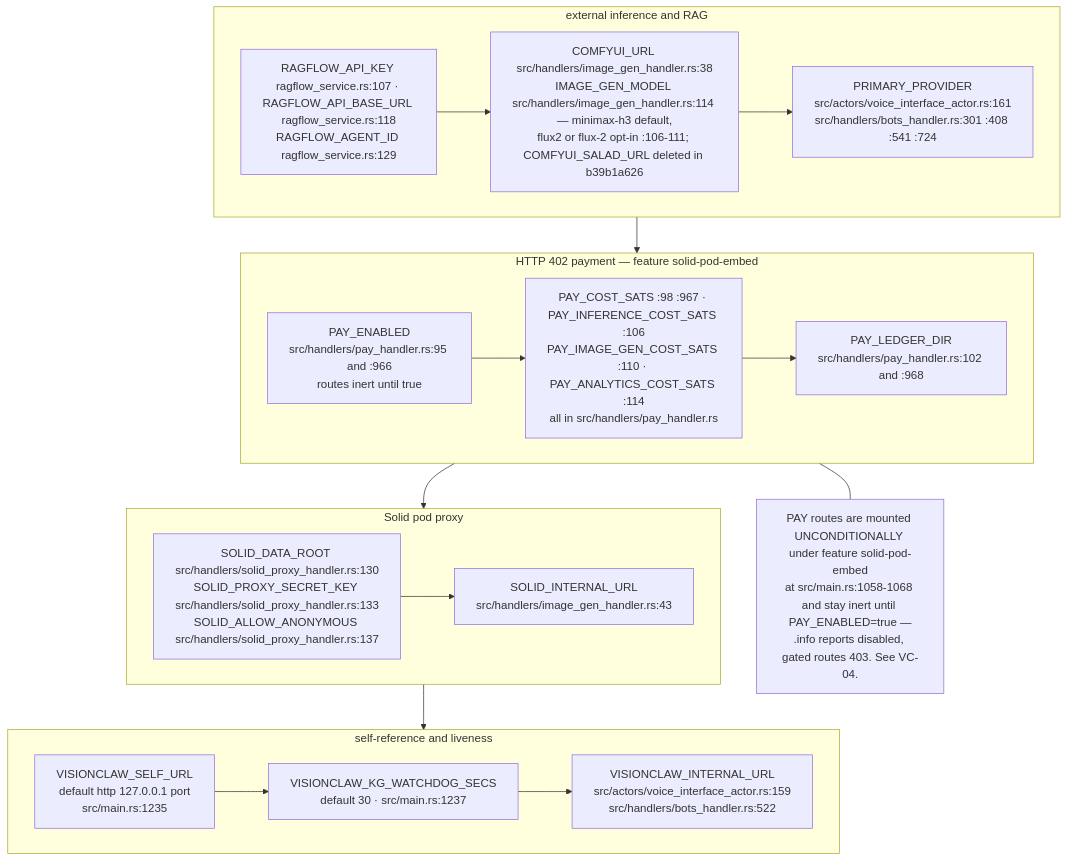
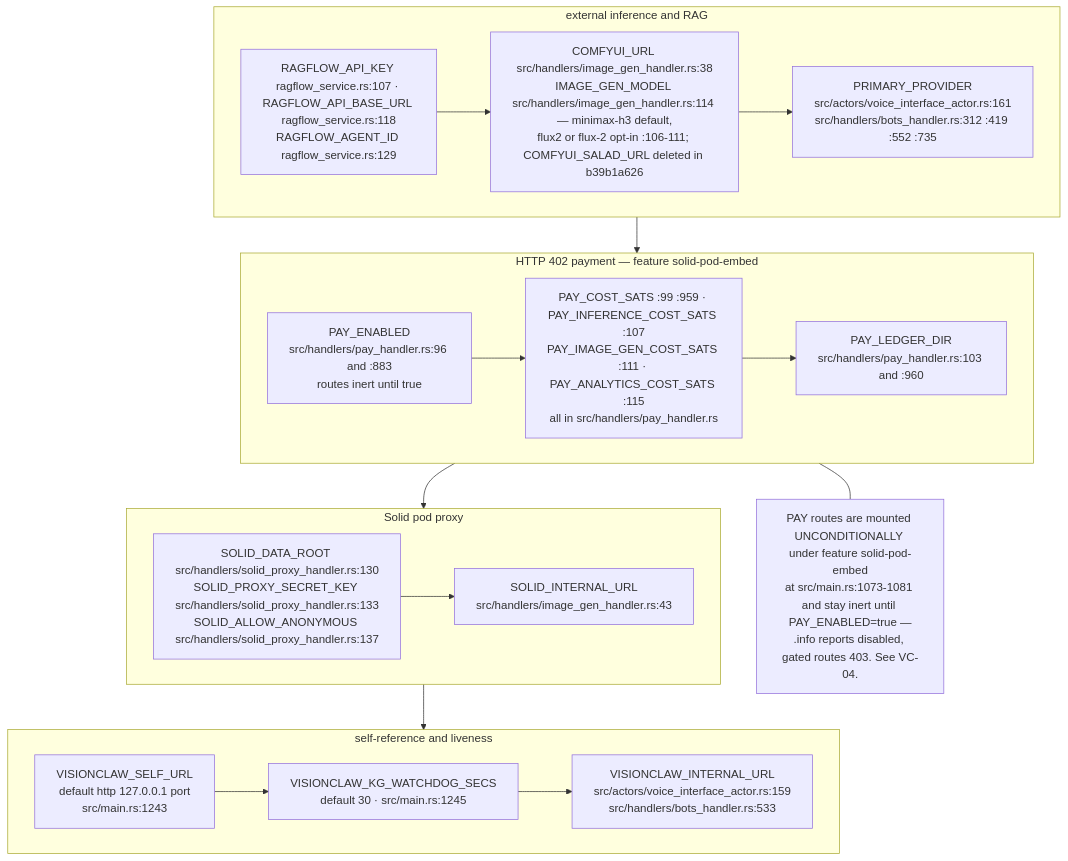
Diagram 13 of 15 in docs/diagrams/visionclaw/09-config-and-env-flags.md (DreamLab-AI/VisionFlow), drawn with Mermaid before and after one commit. The commit also changed other lines of this file and 111 other files, not shown here.

Commit message:
docs(diagrams): align estate maps with current source

````diff
--- a/docs/diagrams/visionclaw/09-config-and-env-flags.md
+++ b/docs/diagrams/visionclaw/09-config-and-env-flags.md
@@ -493,18 +494,18 @@
 ```mermaid
 flowchart TB
     subgraph EXT["external inference and RAG"]
-        X1["RAGFLOW_API_KEY ragflow_service.rs:107 · RAGFLOW_API_BASE_URL ragflow_service.rs:118<br/>RAGFLOW_AGENT_ID ragflow_service.rs:129"] --> X2["COMFYUI_URL src/handlers/image_gen_handler.rs:38<br/>IMAGE_GEN_MODEL src/handlers/image_gen_handler.rs:114 — minimax-h3 default,<br/>flux2 or flux-2 opt-in :106-111; COMFYUI_SALAD_URL deleted in b39b1a626"] --> X3["PRIMARY_PROVIDER<br/>src/actors/voice_interface_actor.rs:161<br/>src/handlers/bots_handler.rs:301 :408 :541 :724"]
+        X1["RAGFLOW_API_KEY ragflow_service.rs:107 · RAGFLOW_API_BASE_URL ragflow_service.rs:118<br/>RAGFLOW_AGENT_ID ragflow_service.rs:129"] --> X2["COMFYUI_URL src/handlers/image_gen_handler.rs:38<br/>IMAGE_GEN_MODEL src/handlers/image_gen_handler.rs:114 — minimax-h3 default,<br/>flux2 or flux-2 opt-in :106-111; COMFYUI_SALAD_URL deleted in b39b1a626"] --> X3["PRIMARY_PROVIDER<br/>src/actors/voice_interface_actor.rs:161<br/>src/handlers/bots_handler.rs:312 :419 :552 :735"]
     end
     subgraph PAY["HTTP 402 payment — feature solid-pod-embed"]
-        P1["PAY_ENABLED<br/>src/handlers/pay_handler.rs:95 and :966<br/>routes inert until true"] --> P2["PAY_COST_SATS :98 :967 · PAY_INFERENCE_COST_SATS :106<br/>PAY_IMAGE_GEN_COST_SATS :110 · PAY_ANALYTICS_COST_SATS :114<br/>all in src/handlers/pay_handler.rs"] --> P3["PAY_LEDGER_DIR<br/>src/handlers/pay_handler.rs:102 and :968"]
+        P1["PAY_ENABLED<br/>src/handlers/pay_handler.rs:96 and :883<br/>routes inert until true"] --> P2["PAY_COST_SATS :99 :959 · PAY_INFERENCE_COST_SATS :107<br/>PAY_IMAGE_GEN_COST_SATS :111 · PAY_ANALYTICS_COST_SATS :115<br/>all in src/handlers/pay_handler.rs"] --> P3["PAY_LEDGER_DIR<br/>src/handlers/pay_handler.rs:103 and :960"]
     end
     subgraph SOLID["Solid pod proxy"]
         O1["SOLID_DATA_ROOT src/handlers/solid_proxy_handler.rs:130<br/>SOLID_PROXY_SECRET_KEY src/handlers/solid_proxy_handler.rs:133<br/>SOLID_ALLOW_ANONYMOUS src/handlers/solid_proxy_handler.rs:137"] --> O2["SOLID_INTERNAL_URL<br/>src/handlers/image_gen_handler.rs:43"]
     end
     subgraph SELF["self-reference and liveness"]
-        F1["VISIONCLAW_SELF_URL<br/>default http 127.0.0.1 port<br/>src/main.rs:1235"] --> F2["VISIONCLAW_KG_WATCHDOG_SECS<br/>default 30 · src/main.rs:1237"] --> F3["VISIONCLAW_INTERNAL_URL<br/>src/actors/voice_interface_actor.rs:159<br/>src/handlers/bots_handler.rs:522"]
+        F1["VISIONCLAW_SELF_URL<br/>default http 127.0.0.1 port<br/>src/main.rs:1243"] --> F2["VISIONCLAW_KG_WATCHDOG_SECS<br/>default 30 · src/main.rs:1245"] --> F3["VISIONCLAW_INTERNAL_URL<br/>src/actors/voice_interface_actor.rs:159<br/>src/handlers/bots_handler.rs:533"]
     end
     EXT --> PAY --> SOLID --> SELF
-    N5["PAY routes are mounted UNCONDITIONALLY under feature solid-pod-embed<br/>at src/main.rs:1058-1068 and stay inert until PAY_ENABLED=true —<br/>.info reports disabled, gated routes 403. See VC-04."]
+    N5["PAY routes are mounted UNCONDITIONALLY under feature solid-pod-embed<br/>at src/main.rs:1073-1081 and stay inert until PAY_ENABLED=true —<br/>.info reports disabled, gated routes 403. See VC-04."]
     PAY --- N5
 ```
````
